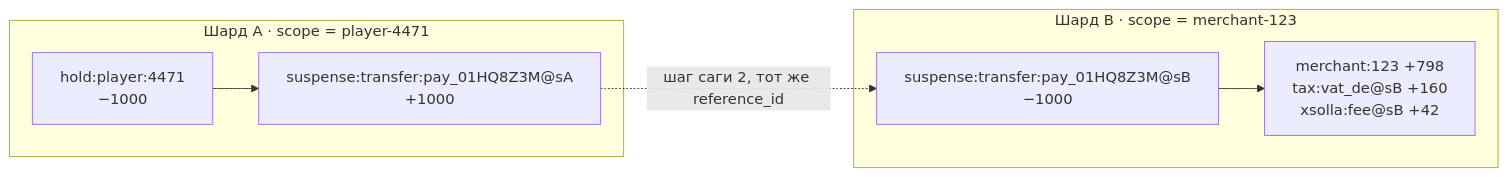
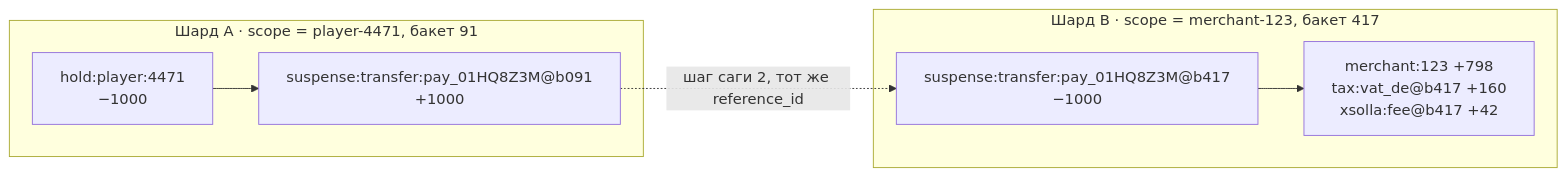
One commit to hebgehogg/system-design-otus changed the fifth of 5 diagrams in hw_03/solution/README.md. Above: the diagram before and after it, drawn with Mermaid. The commit also changed other lines of this file and 3 other files, not shown here.

````diff
--- a/hw_03/solution/README.md
+++ b/hw_03/solution/README.md
@@ -347,15 +367,15 @@
 ```mermaid
 flowchart LR
-    subgraph S_A["Шард A · scope = player-4471"]
+    subgraph S_A["Шард A · scope = player-4471, бакет 91"]
         HL["hold:player:4471<br/>−1000"]
-        TA["suspense:transfer:pay_01HQ8Z3M@sA<br/>+1000"]
+        TA["suspense:transfer:pay_01HQ8Z3M@b091<br/>+1000"]
     end
-    subgraph S_B["Шард B · scope = merchant-123"]
-        TB["suspense:transfer:pay_01HQ8Z3M@sB<br/>−1000"]
-        ME["merchant:123 +798<br/>tax:vat_de@sB +160<br/>xsolla:fee@sB +42"]
+    subgraph S_B["Шард B · scope = merchant-123, бакет 417"]
+        TB["suspense:transfer:pay_01HQ8Z3M@b417<br/>−1000"]
+        ME["merchant:123 +798<br/>tax:vat_de@b417 +160<br/>xsolla:fee@b417 +42"]
     end
 
     HL --> TA
     TA -.->|"шаг саги 2, тот же reference_id"| TB
     TB --> ME
 ```
````
